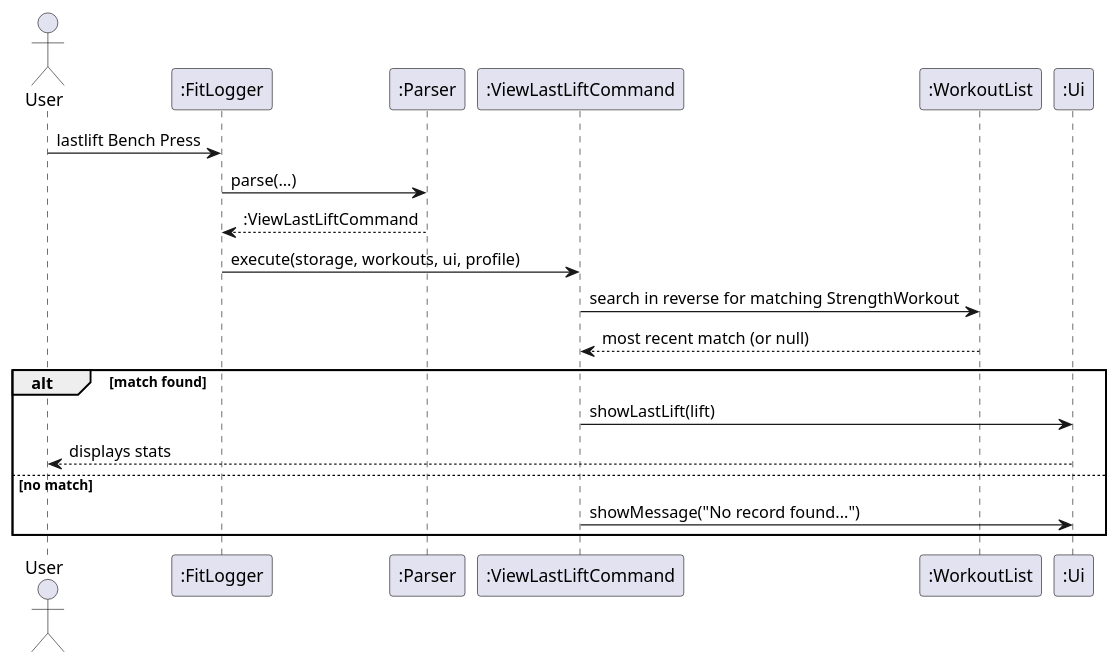
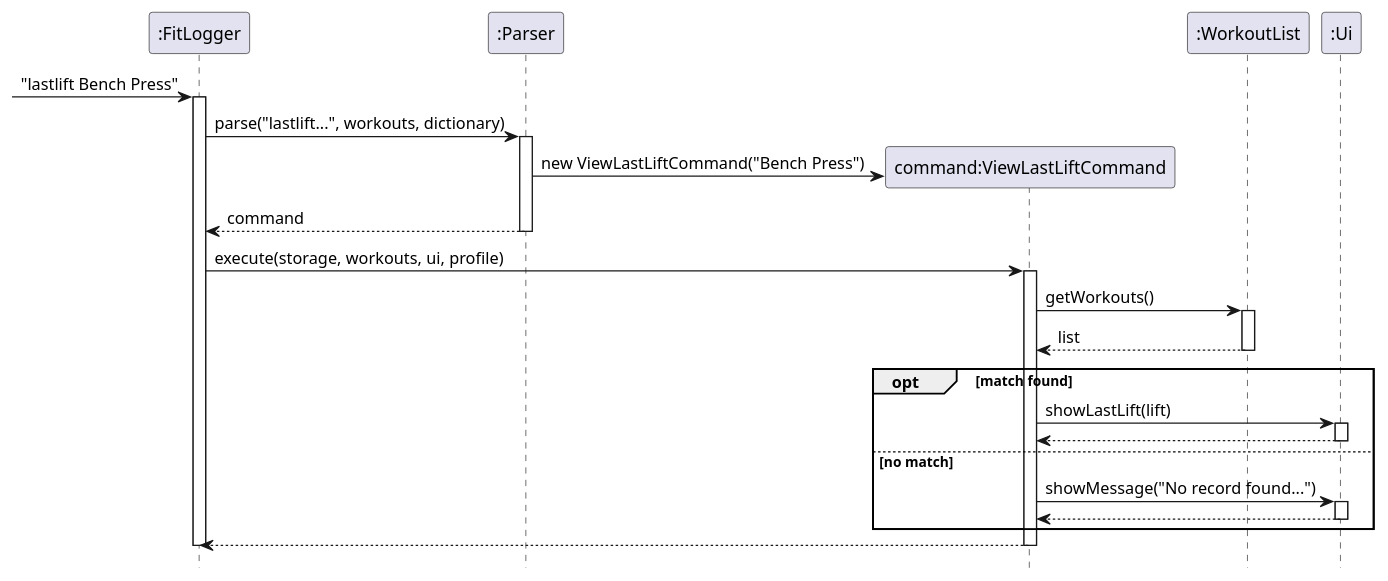
Before and after one commit to AY2526S2-CS2113-F09-1/tp: the diagram in docs/diagrams/ViewLastLiftSequenceDiagram.puml, drawn with PlantUML. The commit also changed 11 other files, not shown here.

Commit message:
Standardise UML diagrams

```diff
--- a/docs/diagrams/ViewLastLiftSequenceDiagram.puml
+++ b/docs/diagrams/ViewLastLiftSequenceDiagram.puml
@@ -1,21 +1,43 @@
 @startuml
-actor User
+hide footbox
+
 participant ":FitLogger" as FL
 participant ":Parser" as P
-participant ":ViewLastLiftCommand" as CMD
+participant "command:ViewLastLiftCommand" as CMD
 participant ":WorkoutList" as WL
 participant ":Ui" as UI
 
-User -> FL : lastlift Bench Press
-FL -> P : parse(...)
-P --> FL : :ViewLastLiftCommand
+-> FL : "lastlift Bench Press"
+activate FL
+
+FL -> P : parse("lastlift...", workouts, dictionary)
+activate P
+
+P -> CMD ** : new ViewLastLiftCommand("Bench Press")
+P --> FL : command
+deactivate P
+
 FL -> CMD : execute(storage, workouts, ui, profile)
-CMD -> WL : search in reverse for matching StrengthWorkout
-WL --> CMD : most recent match (or null)
-alt match found
+activate CMD
+
+CMD -> WL : getWorkouts()
+activate WL
+WL --> CMD : list
+deactivate WL
+
+opt match found
     CMD -> UI : showLastLift(lift)
-    UI --> User : displays stats
+    activate UI
+    UI --> CMD
+    deactivate UI
 else no match
     CMD -> UI : showMessage("No record found...")
+    activate UI
+    UI --> CMD
+    deactivate UI
 end
+
+CMD --> FL
+deactivate CMD
+deactivate FL
 @enduml
```
